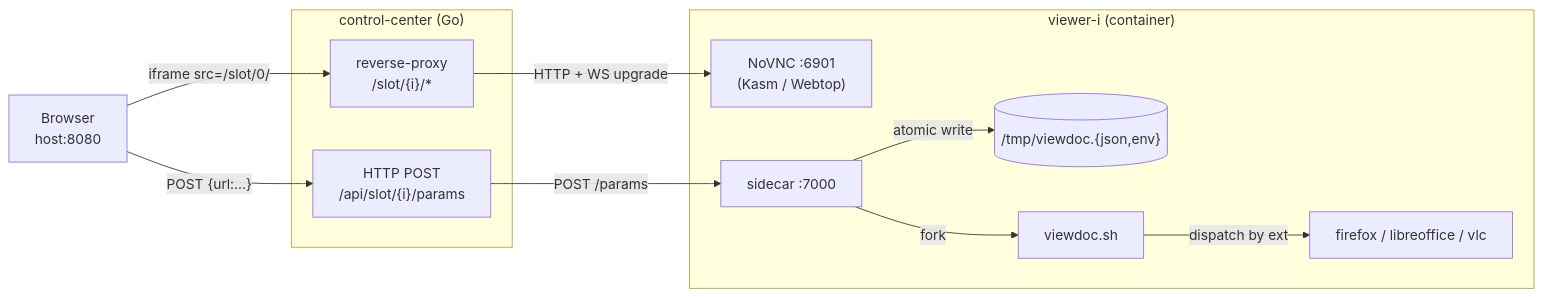
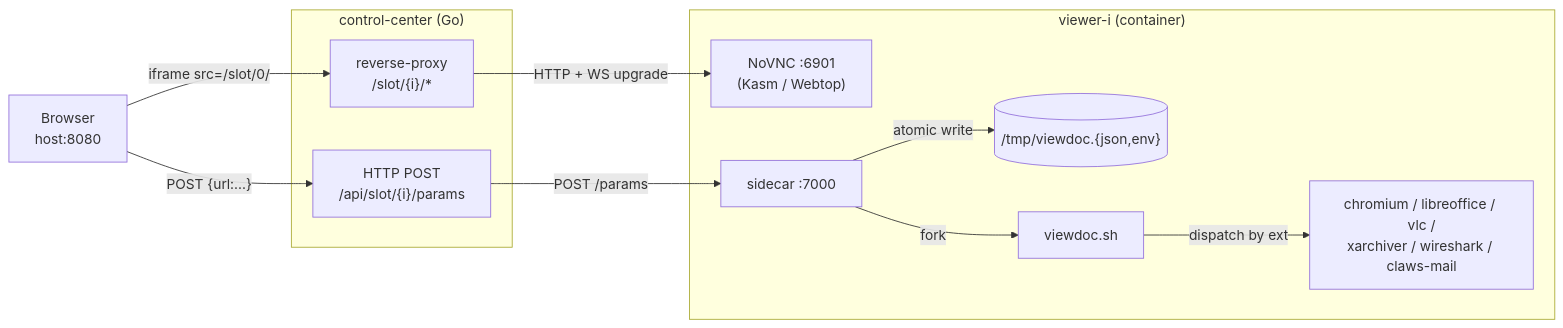
Before and after one commit to dockette/viewdoc: the diagram in AGENTS.md, drawn with Mermaid. The commit also changed other lines of this file and 1 other file, not shown here.

````diff
--- a/AGENTS.md
+++ b/AGENTS.md
@@ -18,25 +18,25 @@
 ```mermaid
 flowchart LR
     browser["Browser<br/>host:8080"]
 
     subgraph cc["control-center (Go)"]
         proxy["reverse-proxy<br/>/slot/{i}/*"]
         api["HTTP POST<br/>/api/slot/{i}/params"]
     end
 
     subgraph viewer["viewer-i (container)"]
         novnc["NoVNC :6901<br/>(Kasm / Webtop)"]
         sidecar["sidecar :7000"]
         files[("/tmp/viewdoc.{json,env}")]
         hook["viewdoc.sh"]
-        apps["firefox / libreoffice / vlc"]
+        apps["chromium / libreoffice / vlc /<br/>xarchiver / wireshark / claws-mail"]
     end
 
     browser -- "iframe src=/slot/0/" --> proxy
     browser -- "POST {url:...}" --> api
     proxy -- "HTTP + WS upgrade" --> novnc
     api -- "POST /params" --> sidecar
     sidecar -- "atomic write" --> files
     sidecar -- "fork" --> hook
     hook -- "dispatch by ext" --> apps
 ```
````
